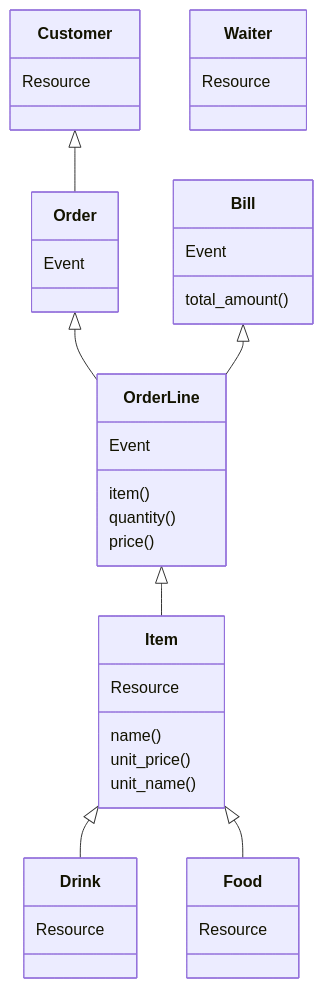
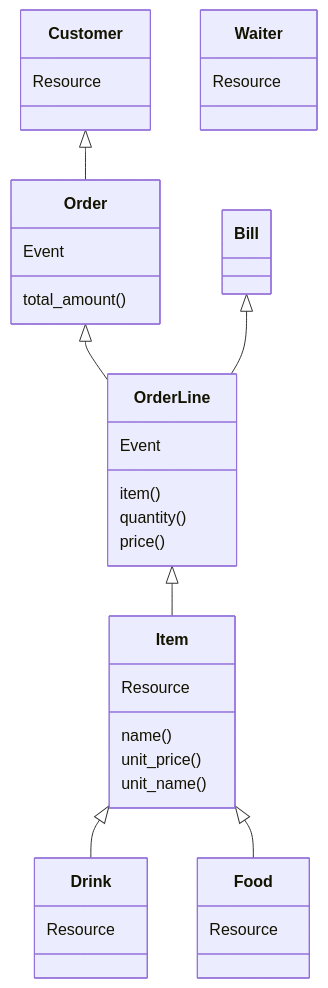
The second of 2 diagrams in NOTE.md (maeda-m/bug_cafe), drawn with Mermaid before and after one commit. The commit also changed other lines of this file and 1 other file, not shown here.

Commit message:
[Refactor] コードを NOTE.md の実装方針に見直しした

````diff
--- a/NOTE.md
+++ b/NOTE.md
@@ -71,47 +71,43 @@
 ```mermaid
 classDiagram
 
 class Customer {
   Resource
 }
 class Waiter {
   Resource
 }
 class Item {
   Resource
 
   name()
   unit_price()
   unit_name()
 }
 class Drink {
   Resource
 }
 class Food {
   Resource
 }
 class Order {
   Event
+  total_amount()
 }
 class OrderLine {
   Event
 
   item()
   quantity()
   price()
-}
-class Bill {
-  Event
-
-  total_amount()
 }
 
 Customer <|-- Order
 
 Order <|-- OrderLine
 Bill <|-- OrderLine
 
 OrderLine <|-- Item
 Item <|-- Drink
 Item <|-- Food
 ```
````
